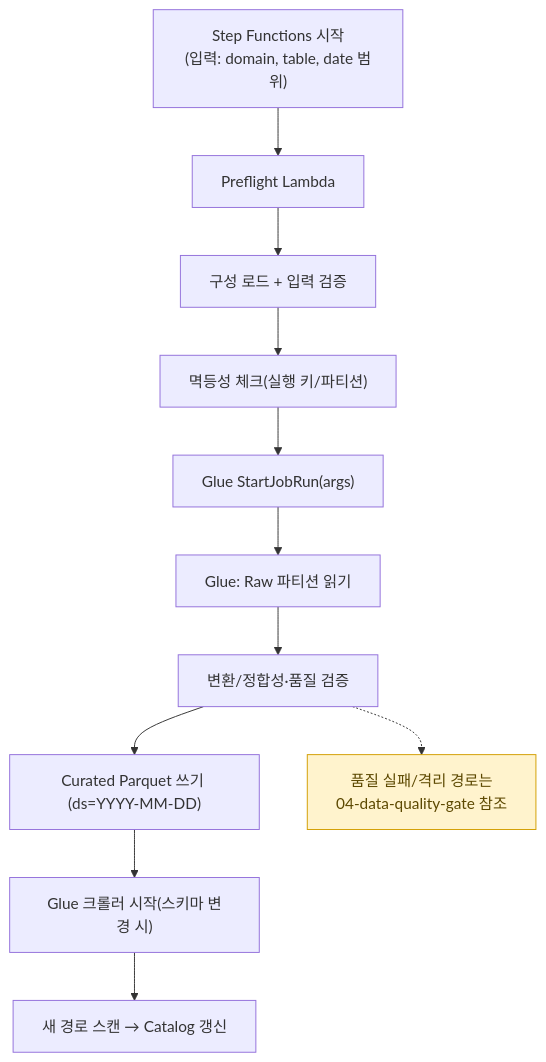
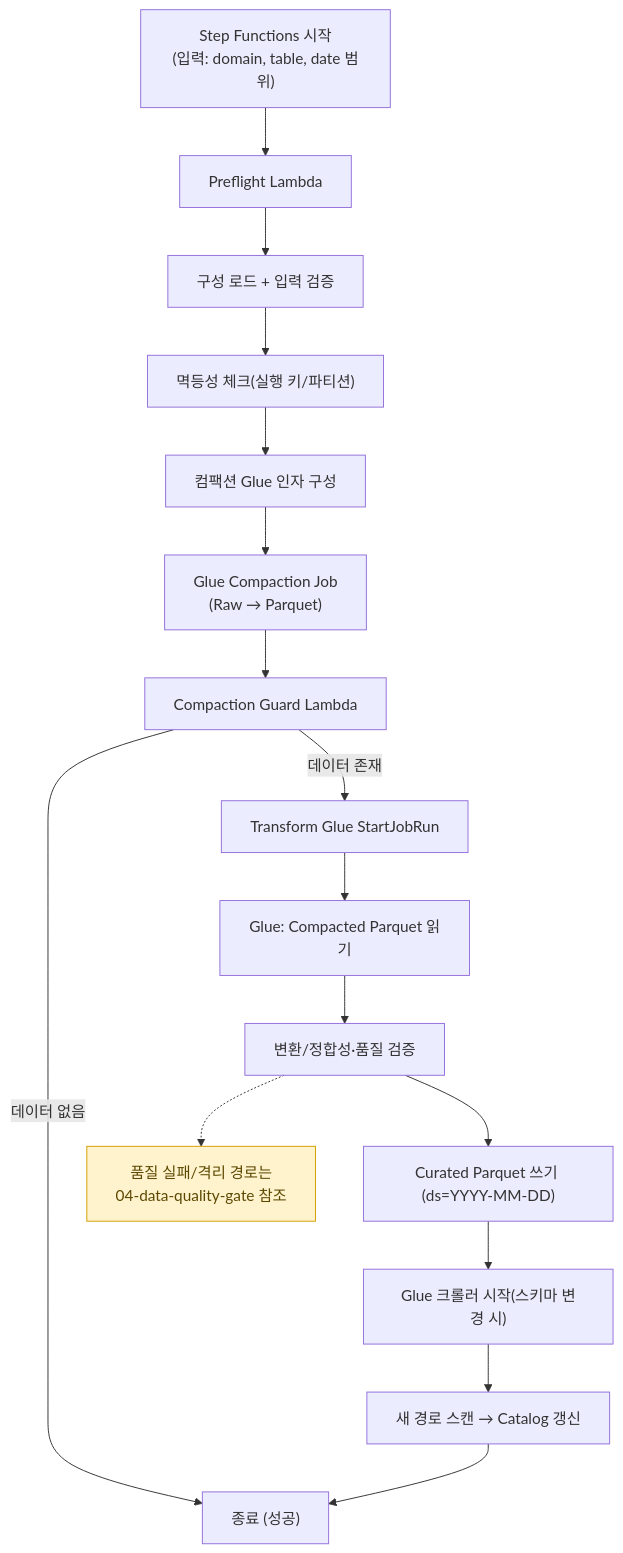
The diagram in docs/diagrams/transform/02-flow.md (keemgdeok/fin-forge-pipeline), drawn with Mermaid before and after one commit. The commit also changed 6 other files, not shown here.

Commit message:
docs(transform): capture compaction workflow in diagrams and specs

````diff
--- a/docs/diagrams/transform/02-flow.md
+++ b/docs/diagrams/transform/02-flow.md
@@ -1,22 +1,27 @@
 ```mermaid
 flowchart TD
   A["Step Functions 시작<br/>(입력: domain, table, date 범위)"] --> B["Preflight Lambda"]
   B --> C["구성 로드 + 입력 검증"]
   C --> D["멱등성 체크(실행 키/파티션)"]
-  D --> E["Glue StartJobRun(args)"]
-  E --> F["Glue: Raw 파티션 읽기"]
-  F --> G["변환/정합성·품질 검증"]
-  G --> H["Curated Parquet 쓰기 (ds=YYYY-MM-DD)"]
-  H --> I["Glue 크롤러 시작(스키마 변경 시)"]
-  I --> J["새 경로 스캔 → Catalog 갱신"]
+  D --> E["컴팩션 Glue 인자 구성"]
+  E --> F["Glue Compaction Job<br/>(Raw → Parquet)"]
+  F --> G["Compaction Guard Lambda"]
+  G -->|데이터 존재| H["Transform Glue StartJobRun"]
+  G -->|데이터 없음| S["종료 (성공)"]
+  H --> I["Glue: Compacted Parquet 읽기"]
+  I --> J["변환/정합성·품질 검증"]
+  J --> K["Curated Parquet 쓰기 (ds=YYYY-MM-DD)"]
+  K --> L["Glue 크롤러 시작(스키마 변경 시)"]
+  L --> M["새 경로 스캔 → Catalog 갱신"]
+  M --> S
 
   %% DQ 상세 참고 노트
   NDQ["품질 실패/격리 경로는<br/>04-data-quality-gate 참조"]:::note
-  G -.-> NDQ
+  J -.-> NDQ
 
   %% 오류/우회 경로: 단순화 위해 생략(핵심 플로우만 표시)
 
   
 
   classDef note fill:#fff3cd,stroke:#d39e00,color:#5c4800;
 ```
````
